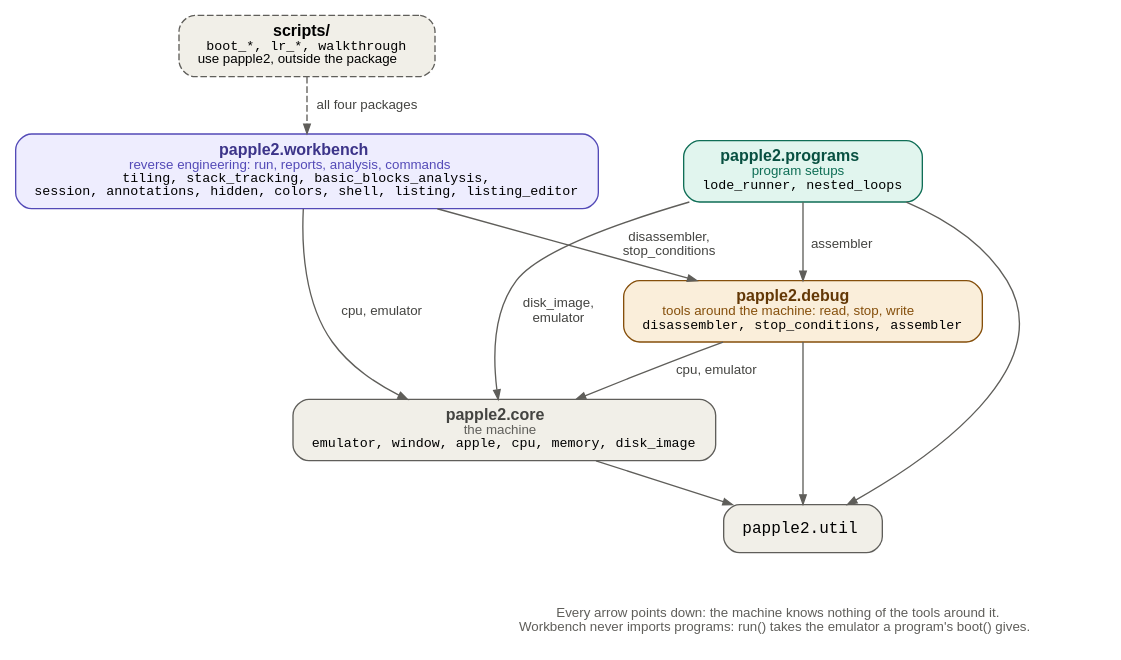
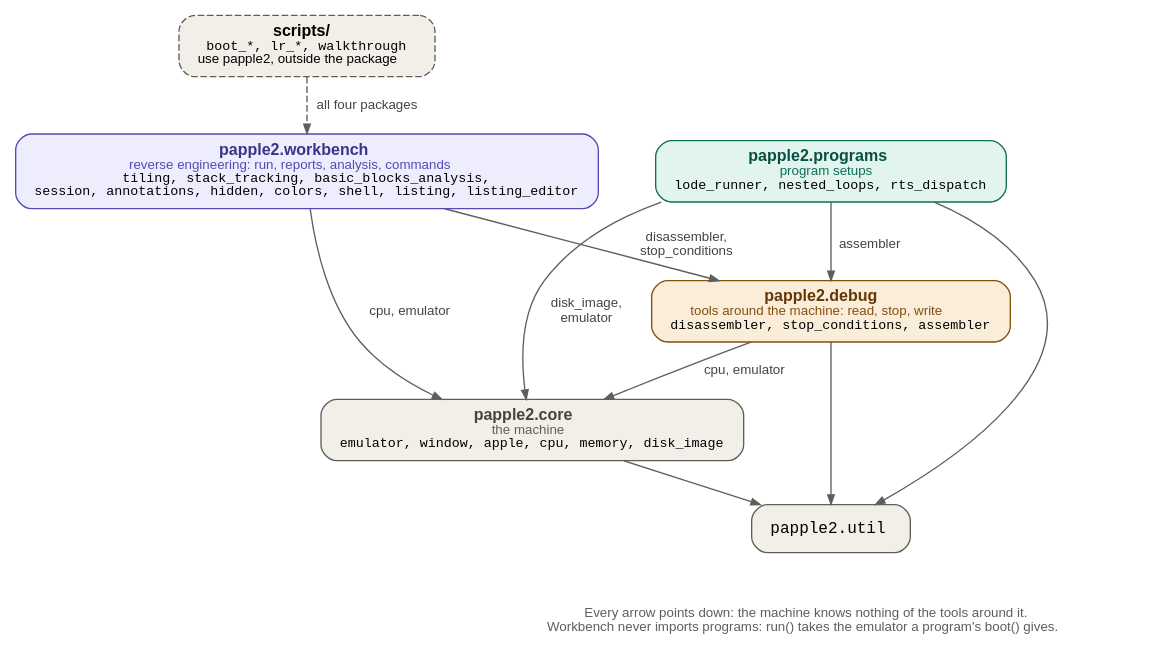
One commit to fschuhi/papple2 changed the diagram in docs/diagrams/packages.dot. Above: the diagram before and after it, drawn with Graphviz. The commit also changed 6 other files, not shown here.

Commit message:
added `rts_dispatch`

```diff
--- a/docs/diagrams/packages.dot
+++ b/docs/diagrams/packages.dot
@@ -1,44 +1,44 @@
 // Overview: the four packages of papple2 and who imports whom.
 // The insides of workbench and core are in workbench.dot and core.dot.
 //
 // An arrow points from the package that imports to the package imported,
 // labelled with the modules imported. Rendered by `make presentation`.
 
 digraph packages {
     rankdir=TB;
     newrank=true;
     size="13.3,7.5";
     nodesep=0.5;
     ranksep=0.45;
     bgcolor="white";
     fontname="Helvetica";
     node [shape=box, style="rounded,filled", fontname="Helvetica", fontsize=12,
           color="#5F5E5A", penwidth=1, margin="0.2,0.1"];
     edge [color="#5F5E5A", fontname="Helvetica", fontsize=10, fontcolor="#444441",
           arrowsize=0.7];
 
     scripts [style="rounded,filled,dashed", fillcolor="#F1EFE8", label=<<B>scripts/</B><BR/><FONT POINT-SIZE="10" FACE="monospace">boot_*, lr_*, walkthrough</FONT><BR/><FONT POINT-SIZE="10">use papple2, outside the package</FONT>>];
 
     workbench [fillcolor="#EEEDFE", color="#534AB7", label=<<FONT COLOR="#3C3489"><B>papple2.workbench</B></FONT><BR/><FONT POINT-SIZE="10" COLOR="#534AB7">reverse engineering: run, reports, analysis, commands</FONT><BR/><FONT POINT-SIZE="10" FACE="monospace">tiling, stack_tracking, basic_blocks_analysis,<BR/>session, annotations, hidden, colors, shell, listing, listing_editor</FONT>>];
 
     debug [fillcolor="#FAEEDA", color="#854F0B", label=<<FONT COLOR="#633806"><B>papple2.debug</B></FONT><BR/><FONT POINT-SIZE="10" COLOR="#854F0B">tools around the machine: read, stop, write</FONT><BR/><FONT POINT-SIZE="10" FACE="monospace">disassembler, stop_conditions, assembler</FONT>>];
 
-    programs [fillcolor="#E1F5EE", color="#0F6E56", label=<<FONT COLOR="#085041"><B>papple2.programs</B></FONT><BR/><FONT POINT-SIZE="10" COLOR="#0F6E56">program setups</FONT><BR/><FONT POINT-SIZE="10" FACE="monospace">lode_runner, nested_loops</FONT>>];
+    programs [fillcolor="#E1F5EE", color="#0F6E56", label=<<FONT COLOR="#085041"><B>papple2.programs</B></FONT><BR/><FONT POINT-SIZE="10" COLOR="#0F6E56">program setups</FONT><BR/><FONT POINT-SIZE="10" FACE="monospace">lode_runner, nested_loops, rts_dispatch</FONT>>];
 
     core [fillcolor="#F1EFE8", color="#5F5E5A", label=<<FONT COLOR="#444441"><B>papple2.core</B></FONT><BR/><FONT POINT-SIZE="10" COLOR="#5F5E5A">the machine</FONT><BR/><FONT POINT-SIZE="10" FACE="monospace">emulator, window, apple, cpu, memory, disk_image</FONT>>];
 
     util [fillcolor="#F1EFE8", label=<<FONT FACE="monospace">papple2.util</FONT>>];
 
     scripts -> workbench [style=dashed, label=" all four packages "];
     workbench -> debug [label=" disassembler,\n stop_conditions "];
     workbench -> core [label=" cpu, emulator "];
     debug -> core [label=" cpu, emulator "];
     programs -> debug [label=" assembler "];
     programs -> core [label=" disk_image,\n emulator "];
     core -> util;
     debug -> util;
     programs -> util;
 
     note [shape=plaintext, style="", fontsize=10, fontcolor="#5F5E5A", label=<Every arrow points down: the machine knows nothing of the tools around it.<BR/>Workbench never imports programs: run() takes the emulator a program's boot() gives.>];
     util -> note [style=invis];
 }
```
